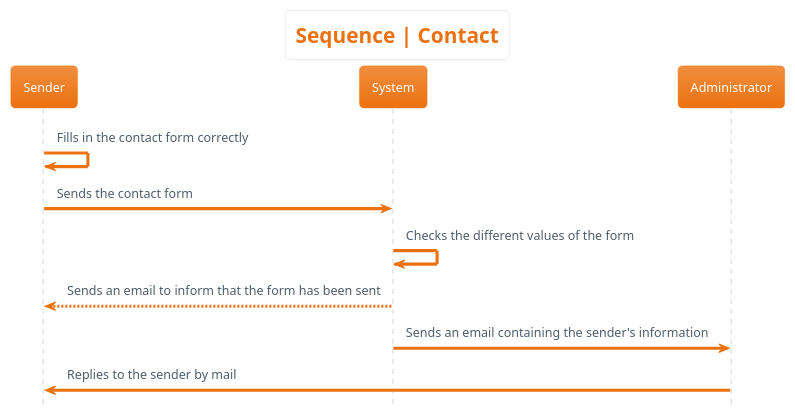
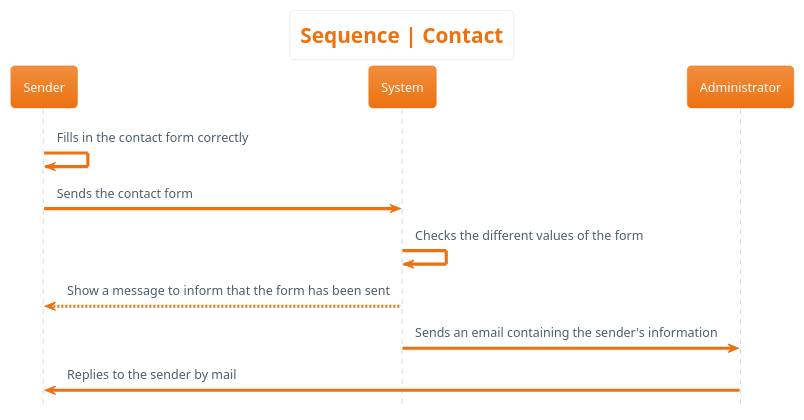
One commit to sebastien-d-me/SebBlog changed the diagram in 1_project_design/uml_diagrams/sequence/contact/contact.plantuml. Above: the diagram before and after it, drawn with PlantUML. The commit also changed 9 other files, not shown here.

First line of the commit message:
🐛 Fix UML

```diff
--- a/1_project_design/uml_diagrams/sequence/contact/contact.plantuml
+++ b/1_project_design/uml_diagrams/sequence/contact/contact.plantuml
@@ -1,17 +1,17 @@
 @startuml sequence__contact
 hide footbox
 skinparam actorStyle awesome
 !theme aws-orange
 skinparam backgroundcolor White
 
 'Titre'
 title Sequence | Contact
 
 'Déroulement'
 Sender -> Sender : Fills in the contact form correctly
 Sender -> System : Sends the contact form
 System -> System : Checks the different values of the form
-System --> Sender : Sends an email to inform that the form has been sent
+System --> Sender : Show a message to inform that the form has been sent
 System -> Administrator : Sends an email containing the sender's information
 Administrator -> Sender: Replies to the sender by mail
 @enduml
```
